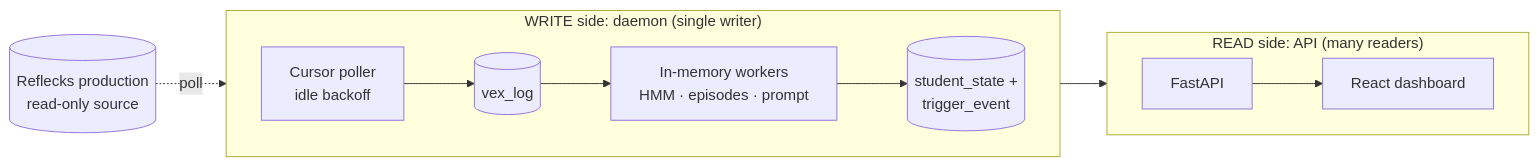
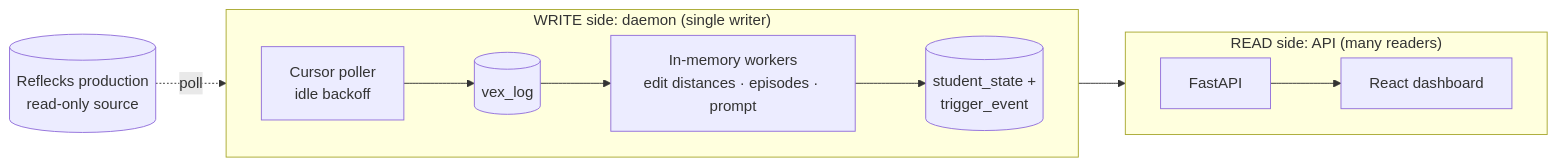
One commit to InviteInstitute/lm-dashboard changed the diagram in docs/concepts/architecture.md. Above: the diagram before and after it, drawn with Mermaid. The commit also changed other lines of this file and 13 other files, not shown here.

First line of the commit message:
Rewrite docs for the edit-distance trigger model; add mkdocs to requirements

````diff
--- a/docs/concepts/architecture.md
+++ b/docs/concepts/architecture.md
@@ -19,18 +19,18 @@
 ```mermaid
 %%{init: {"flowchart": {"nodeSpacing": 35, "rankSpacing": 50}}}%%
 flowchart LR
     prod[("Reflecks production<br/>read-only source")]
 
     subgraph WRITE["WRITE side: daemon (single writer)"]
         direction LR
-        poll["Cursor poller<br/>idle backoff"] --> log[("vex_log")] --> workers["In-memory workers<br/>HMM · episodes · prompt"] --> proj[("student_state +<br/>trigger_event")]
+        poll["Cursor poller<br/>idle backoff"] --> log[("vex_log")] --> workers["In-memory workers<br/>edit distances · episodes · prompt"] --> proj[("student_state +<br/>trigger_event")]
     end
 
     subgraph READ["READ side: API (many readers)"]
         direction LR
         api["FastAPI"] --> ui["React dashboard"]
     end
 
     prod -. "poll" .-> poll
     proj --> api
 ```
````
